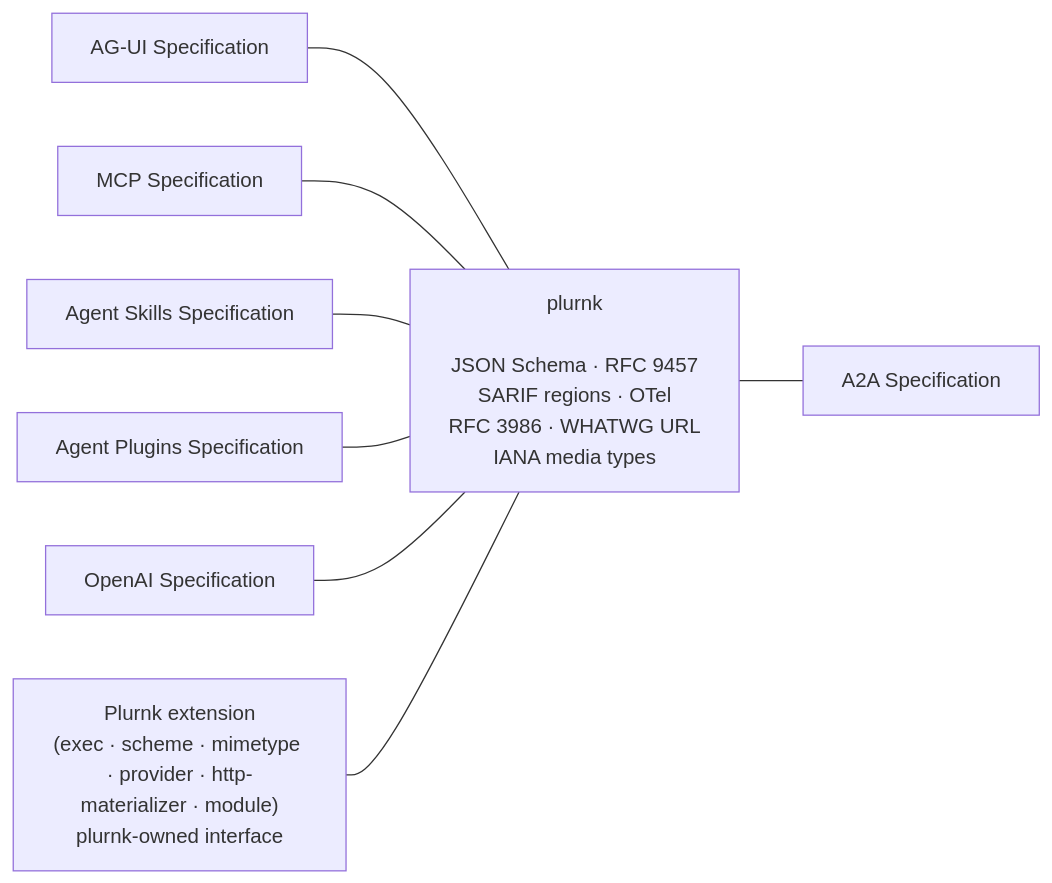
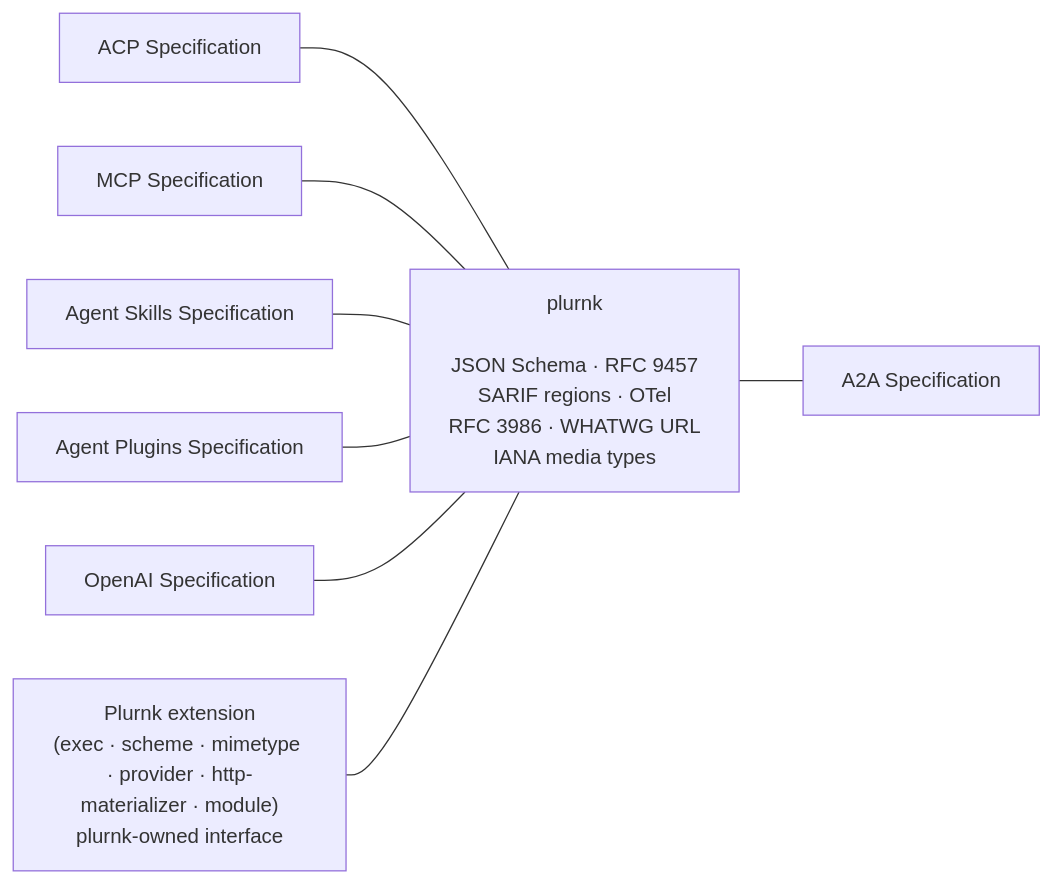
Before and after one commit to plurnk/plurnk-service: the first of 5 diagrams in ARCHITECTURE.md, drawn with Mermaid. The commit also changed other lines of this file and 278 other files, not shown here.

Commit message:
refactor(acp): complete client parity in plurnk-acp and retire plurnk-agui (#1232)

````diff
--- a/ARCHITECTURE.md
+++ b/ARCHITECTURE.md
@@ -14,11 +14,11 @@
 ```mermaid
 flowchart LR
-    AGUI["AG-UI Specification"] --- PLURNK["plurnk<br/><br/>JSON Schema · RFC 9457<br/>SARIF regions · OTel<br/>RFC 3986 · WHATWG URL<br/>IANA media types"]
+    ACP["ACP Specification"] --- PLURNK["plurnk<br/><br/>JSON Schema · RFC 9457<br/>SARIF regions · OTel<br/>RFC 3986 · WHATWG URL<br/>IANA media types"]
     MCP["MCP Specification"] --- PLURNK
     SKILLS["Agent Skills Specification"] --- PLURNK
     PLUGINS["Agent Plugins Specification"] --- PLURNK
     OPENAI["OpenAI Specification"] --- PLURNK
     EXTENSION["Plurnk extension<br/>(exec · scheme · mimetype · provider · http-materializer · module)<br/>plurnk-owned interface"] --- PLURNK
 
     PLURNK --- A2A["A2A Specification"]
 ```
````
